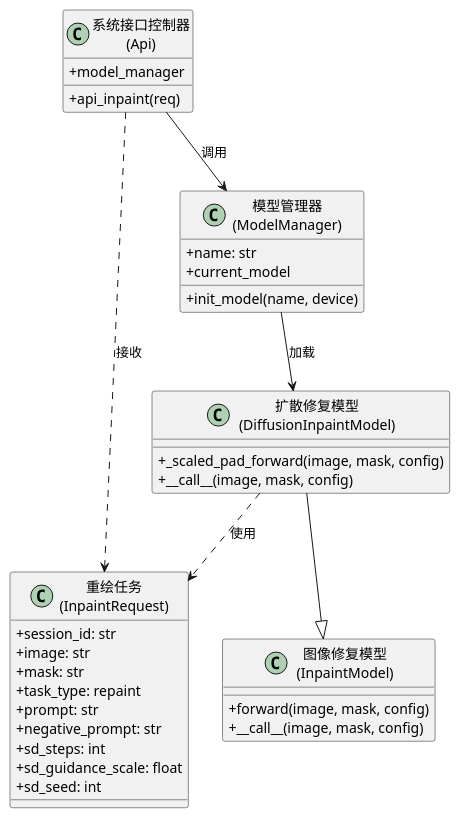
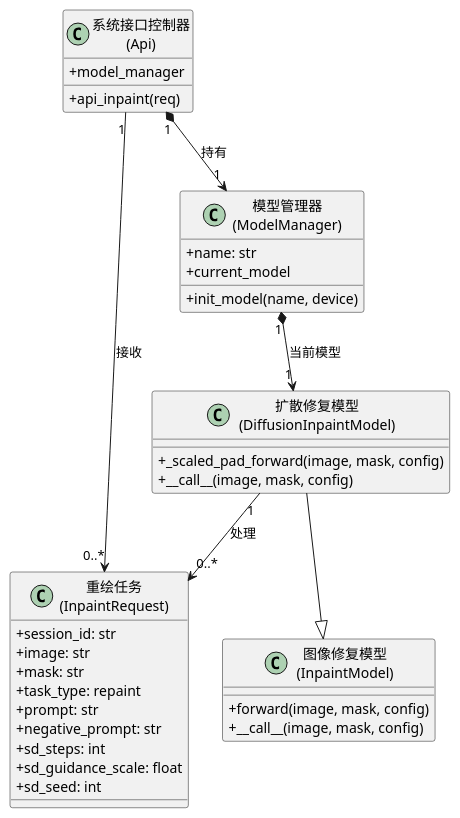
Before and after one commit to LyferLu/Artie: the tenth of 26 diagrams in doc/paper.md, drawn with PlantUML. The commit also changed other lines of this file, not shown here.

````diff
--- a/doc/paper.md
+++ b/doc/paper.md
@@ -1012,44 +1012,44 @@
 ```plantuml
 @startuml
 skinparam classAttributeIconSize 0
 
 class "系统接口控制器\n(Api)" as Api {
   +model_manager
   +api_inpaint(req)
 }
 
 class "重绘任务\n(InpaintRequest)" as InpaintRequest {
   +session_id: str
   +image: str
   +mask: str
   +task_type: repaint
   +prompt: str
   +negative_prompt: str
   +sd_steps: int
   +sd_guidance_scale: float
   +sd_seed: int
 }
 
 class "模型管理器\n(ModelManager)" as ModelManager {
   +name: str
   +current_model
   +init_model(name, device)
 }
 
 class "图像修复模型\n(InpaintModel)" as InpaintModel {
   +forward(image, mask, config)
   +__call__(image, mask, config)
 }
 
 class "扩散修复模型\n(DiffusionInpaintModel)" as DiffusionInpaintModel {
   +_scaled_pad_forward(image, mask, config)
   +__call__(image, mask, config)
 }
 
-Api ..> InpaintRequest : 接收
-Api --> ModelManager : 调用
-ModelManager --> DiffusionInpaintModel : 加载
+Api "1" --> "0..*" InpaintRequest : 接收
+Api "1" *--> "1" ModelManager : 持有
+ModelManager "1" *--> "1" DiffusionInpaintModel : 当前模型
 DiffusionInpaintModel --|> InpaintModel
-DiffusionInpaintModel ..> InpaintRequest : 使用
+DiffusionInpaintModel "1" --> "0..*" InpaintRequest : 处理
 @enduml
 ```
````
